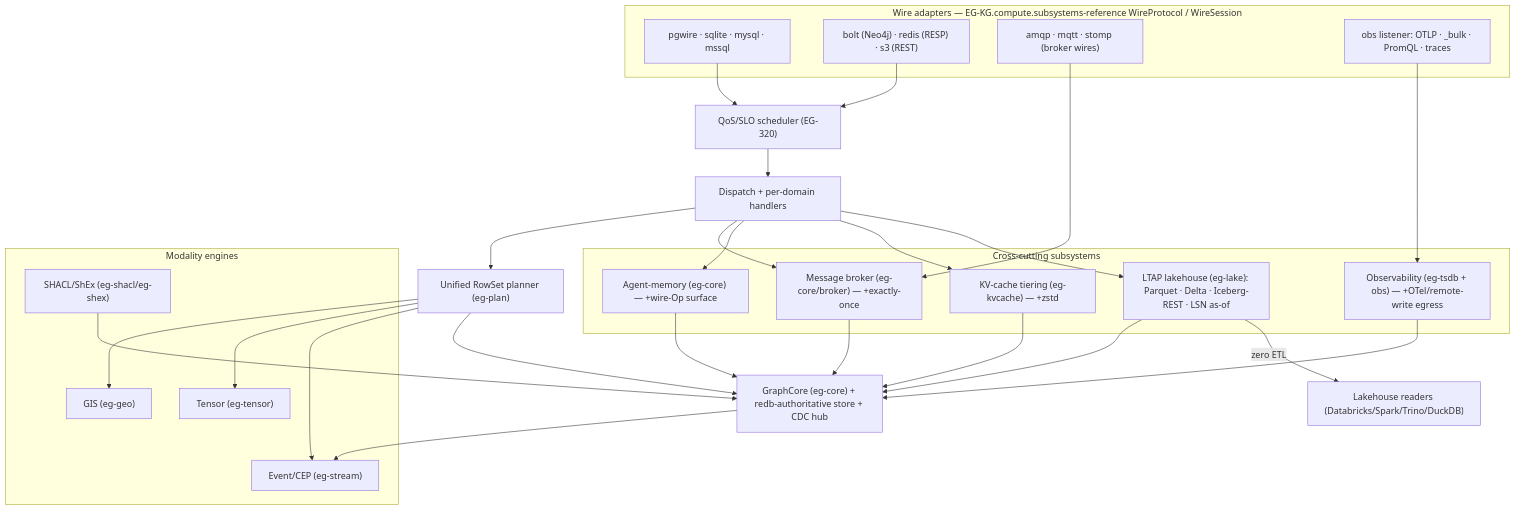
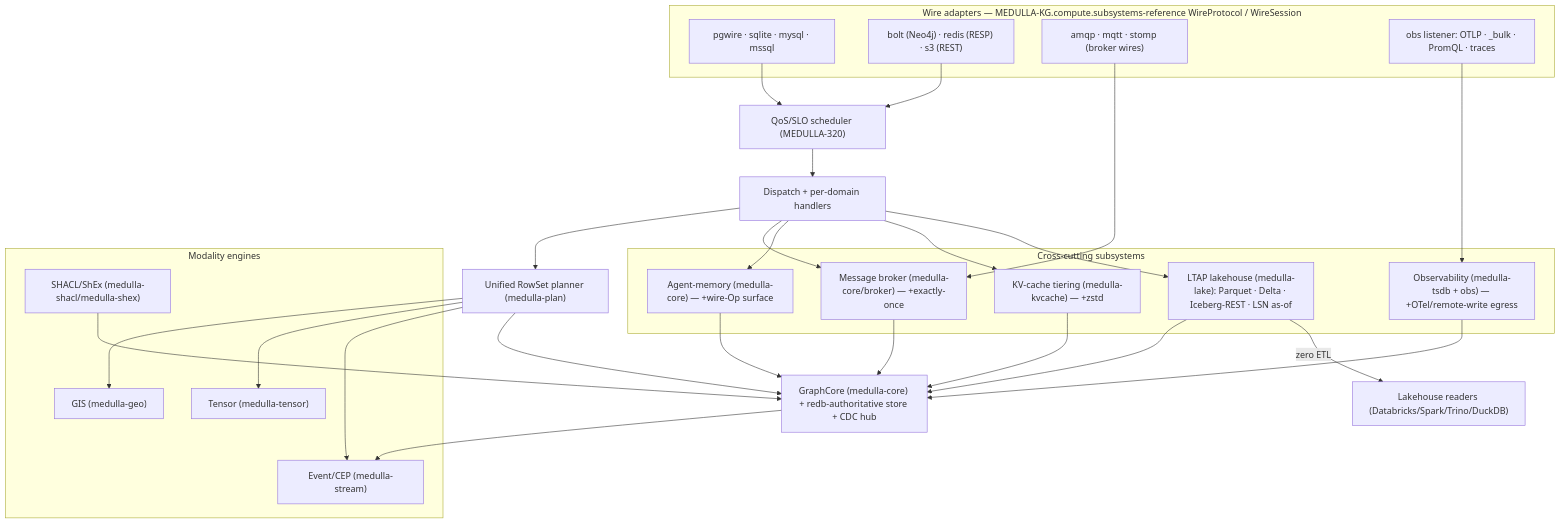
The diagram in docs/architecture/subsystems.md (Knuckles-Team/epistemic-graph), drawn with Mermaid before and after one commit. The commit also changed other lines of this file and 5990 other files, not shown here.

First line of the commit message:
refactor!: rename epistemic-graph to medulla end to end (hard cutover)

````diff
--- a/docs/architecture/subsystems.md
+++ b/docs/architecture/subsystems.md
@@ -10,42 +10,42 @@
 ```mermaid
 flowchart TB
-    subgraph Adapters["Wire adapters — EG-KG.compute.subsystems-reference WireProtocol / WireSession"]
+    subgraph Adapters["Wire adapters — MEDULLA-KG.compute.subsystems-reference WireProtocol / WireSession"]
         A1["pgwire · sqlite · mysql · mssql"]
         A2["bolt (Neo4j) · redis (RESP) · s3 (REST)"]
         A3["amqp · mqtt · stomp (broker wires)"]
         A4["obs listener: OTLP · _bulk · PromQL · traces"]
     end
-    QOS["QoS/SLO scheduler (EG-320)"]
+    QOS["QoS/SLO scheduler (MEDULLA-320)"]
     DISP["Dispatch + per-domain handlers"]
-    PLAN["Unified RowSet planner (eg-plan)"]
+    PLAN["Unified RowSet planner (medulla-plan)"]
     subgraph Subsystems["Cross-cutting subsystems"]
-        BROKER["Message broker (eg-core/broker) — +exactly-once"]
-        OBS["Observability (eg-tsdb + obs) — +OTel/remote-write egress"]
-        MEM["Agent-memory (eg-core) — +wire-Op surface"]
-        KVC["KV-cache tiering (eg-kvcache) — +zstd"]
-        LAKE["LTAP lakehouse (eg-lake): Parquet · Delta · Iceberg-REST · LSN as-of"]
+        BROKER["Message broker (medulla-core/broker) — +exactly-once"]
+        OBS["Observability (medulla-tsdb + obs) — +OTel/remote-write egress"]
+        MEM["Agent-memory (medulla-core) — +wire-Op surface"]
+        KVC["KV-cache tiering (medulla-kvcache) — +zstd"]
+        LAKE["LTAP lakehouse (medulla-lake): Parquet · Delta · Iceberg-REST · LSN as-of"]
     end
     subgraph Modality["Modality engines"]
-        GEO["GIS (eg-geo)"]
-        TENSOR["Tensor (eg-tensor)"]
-        STREAM["Event/CEP (eg-stream)"]
-        SHACL["SHACL/ShEx (eg-shacl/eg-shex)"]
+        GEO["GIS (medulla-geo)"]
+        TENSOR["Tensor (medulla-tensor)"]
+        STREAM["Event/CEP (medulla-stream)"]
+        SHACL["SHACL/ShEx (medulla-shacl/medulla-shex)"]
     end
-    CORE["GraphCore (eg-core) + redb-authoritative store + CDC hub"]
+    CORE["GraphCore (medulla-core) + redb-authoritative store + CDC hub"]
     LREAD["Lakehouse readers (Databricks/Spark/Trino/DuckDB)"]
 
     A1 & A2 --> QOS --> DISP
     A3 --> BROKER
     A4 --> OBS
     DISP --> PLAN --> CORE
     DISP --> BROKER & MEM & KVC & LAKE
     PLAN --> GEO & TENSOR & STREAM
     OBS --> CORE
     BROKER --> CORE
     MEM --> CORE
     KVC --> CORE
     SHACL --> CORE
     LAKE --> CORE
     LAKE -->|"zero ETL"| LREAD
     CORE --> STREAM
 ```
````
